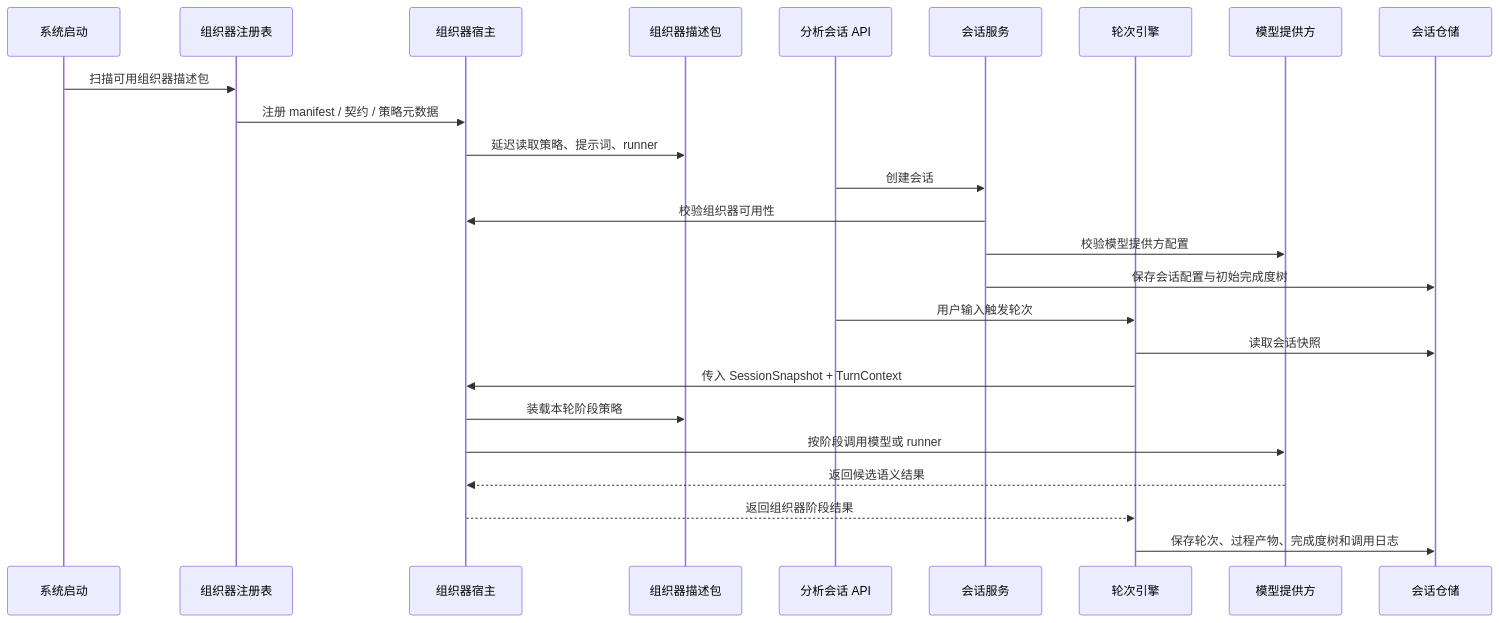
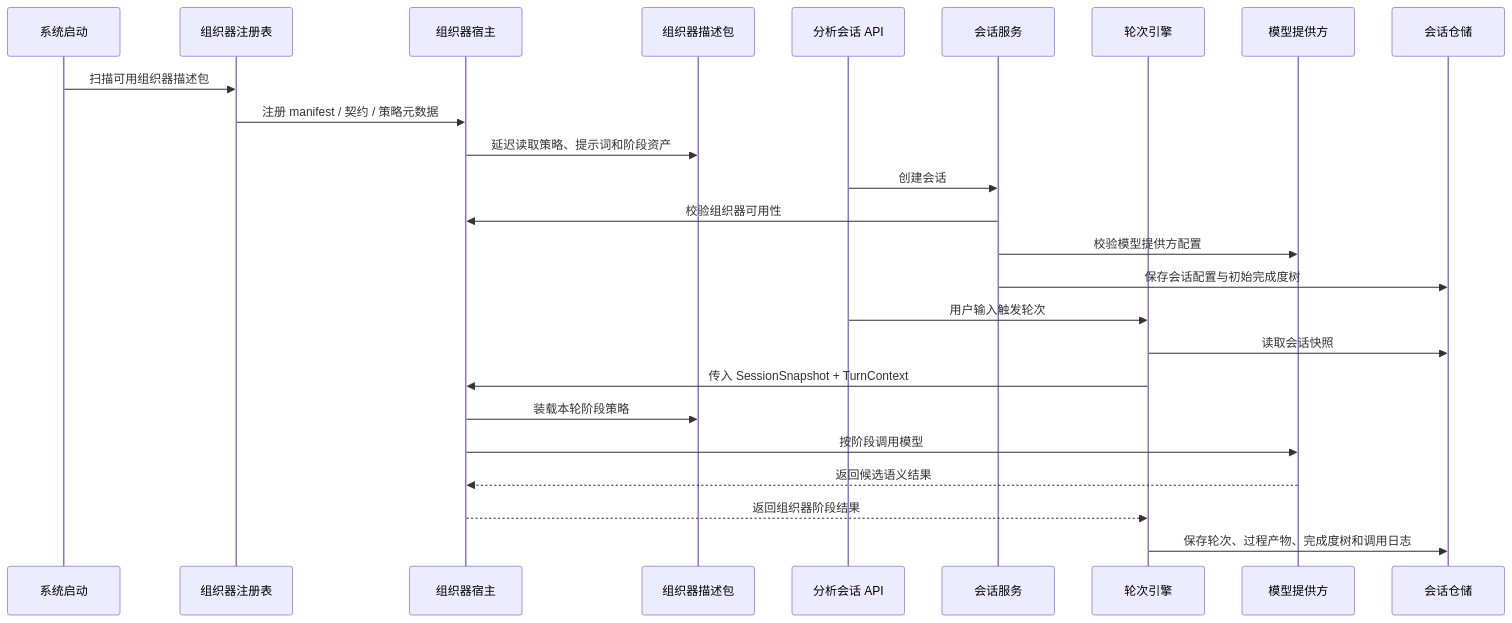
Before and after one commit to wgwtest/CodeFactoryV2: diagram 19 of 35 in DOC/CODEX_DOC/02_设计说明/P2_需求分析系统/P2-需求分析系统设计.md, drawn with Mermaid. The commit also changed other lines of this file, not shown here.

````diff
--- a/DOC/CODEX_DOC/02_设计说明/P2_需求分析系统/P2-需求分析系统设计.md
+++ b/DOC/CODEX_DOC/02_设计说明/P2_需求分析系统/P2-需求分析系统设计.md
@@ -2718,28 +2718,28 @@
 ```mermaid
 sequenceDiagram
   participant Boot as 系统启动
   participant Registry as 组织器注册表
   participant Host as 组织器宿主
   participant Package as 组织器描述包
   participant API as 分析会话 API
   participant Session as 会话服务
   participant Turn as 轮次引擎
   participant Provider as 模型提供方
   participant Store as 会话仓储
 
   Boot->>Registry: 扫描可用组织器描述包
   Registry->>Host: 注册 manifest / 契约 / 策略元数据
-  Host->>Package: 延迟读取策略、提示词、runner
+  Host->>Package: 延迟读取策略、提示词和阶段资产
   API->>Session: 创建会话
   Session->>Host: 校验组织器可用性
   Session->>Provider: 校验模型提供方配置
   Session->>Store: 保存会话配置与初始完成度树
   API->>Turn: 用户输入触发轮次
   Turn->>Store: 读取会话快照
   Turn->>Host: 传入 SessionSnapshot + TurnContext
   Host->>Package: 装载本轮阶段策略
-  Host->>Provider: 按阶段调用模型或 runner
+  Host->>Provider: 按阶段调用模型
   Provider-->>Host: 返回候选语义结果
   Host-->>Turn: 返回组织器阶段结果
   Turn->>Store: 保存轮次、过程产物、完成度树和调用日志
 ```
````
